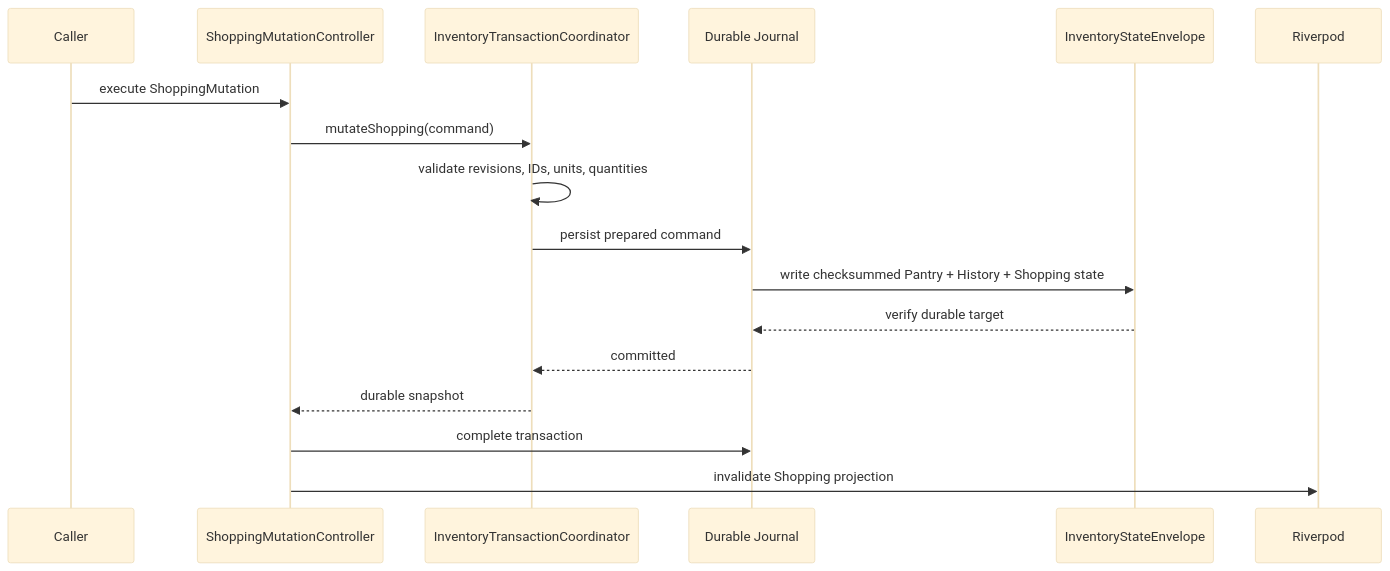
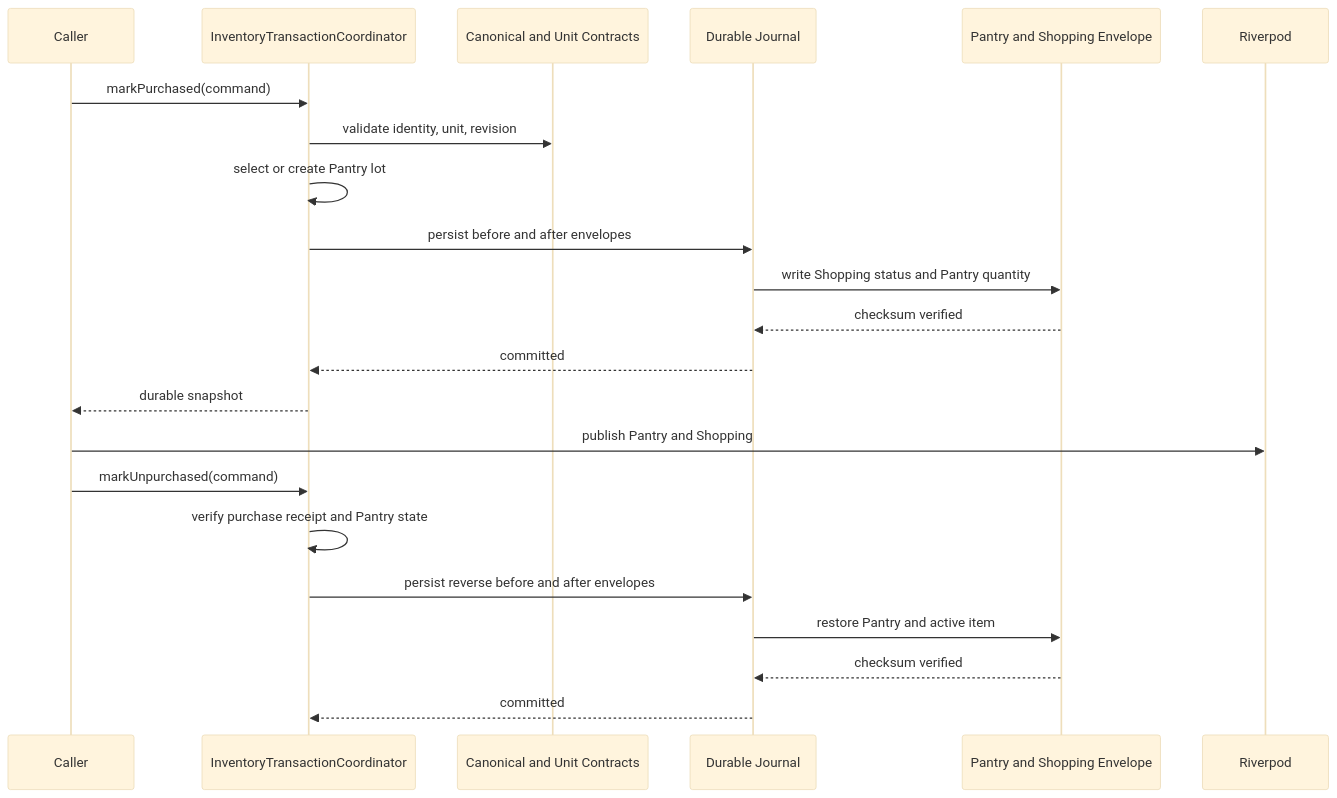
Before and after one commit to kobv99/KinRaiDee: the third of 3 diagrams in docs/11_SHOPPING_FOUNDATION_DOMAIN.md, drawn with Mermaid (base theme). The commit also changed other lines of this file and 21 other files, not shown here.

````diff
--- a/docs/11_SHOPPING_FOUNDATION_DOMAIN.md
+++ b/docs/11_SHOPPING_FOUNDATION_DOMAIN.md
@@ -118,20 +141,26 @@
 ```mermaid
 sequenceDiagram
     participant Caller
-    participant Controller as ShoppingMutationController
     participant Coordinator as InventoryTransactionCoordinator
+    participant Registry as Canonical and Unit Contracts
     participant Journal as Durable Journal
-    participant Envelope as InventoryStateEnvelope
+    participant Envelope as Pantry and Shopping Envelope
     participant Riverpod
 
-    Caller->>Controller: execute ShoppingMutation
-    Controller->>Coordinator: mutateShopping(command)
-    Coordinator->>Coordinator: validate revisions, IDs, units, quantities
-    Coordinator->>Journal: persist prepared command
-    Journal->>Envelope: write checksummed Pantry + History + Shopping state
-    Envelope-->>Journal: verify durable target
+    Caller->>Coordinator: markPurchased(command)
+    Coordinator->>Registry: validate identity, unit, revision
+    Coordinator->>Coordinator: select or create Pantry lot
+    Coordinator->>Journal: persist before and after envelopes
+    Journal->>Envelope: write Shopping status and Pantry quantity
+    Envelope-->>Journal: checksum verified
     Journal-->>Coordinator: committed
-    Coordinator-->>Controller: durable snapshot
-    Controller->>Journal: complete transaction
-    Controller->>Riverpod: invalidate Shopping projection
+    Coordinator-->>Caller: durable snapshot
+    Caller->>Riverpod: publish Pantry and Shopping
+
+    Caller->>Coordinator: markUnpurchased(command)
+    Coordinator->>Coordinator: verify purchase receipt and Pantry state
+    Coordinator->>Journal: persist reverse before and after envelopes
+    Journal->>Envelope: restore Pantry and active item
+    Envelope-->>Journal: checksum verified
+    Journal-->>Coordinator: committed
 ```
````
